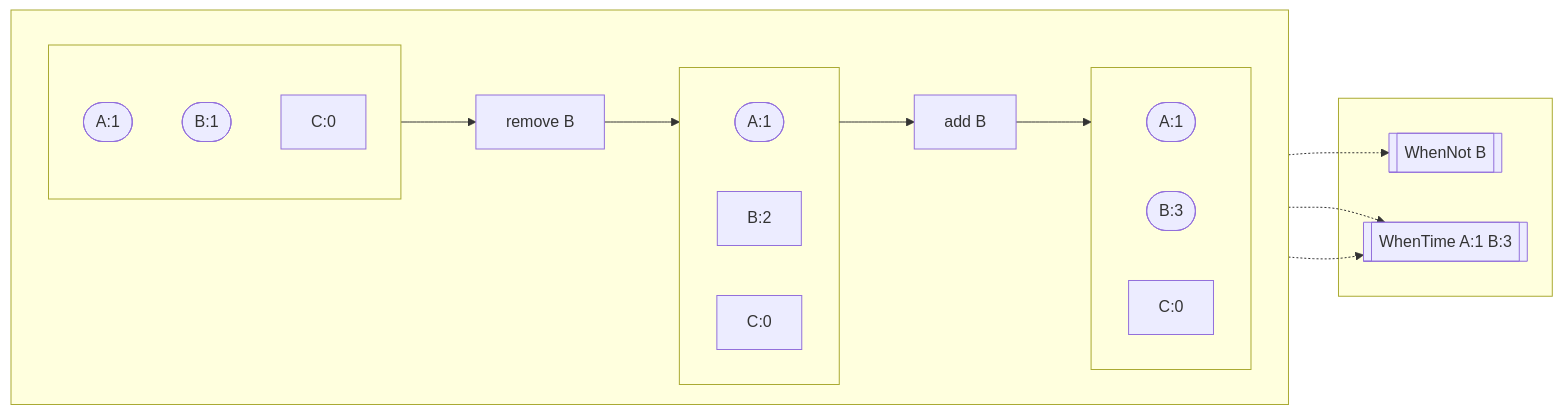
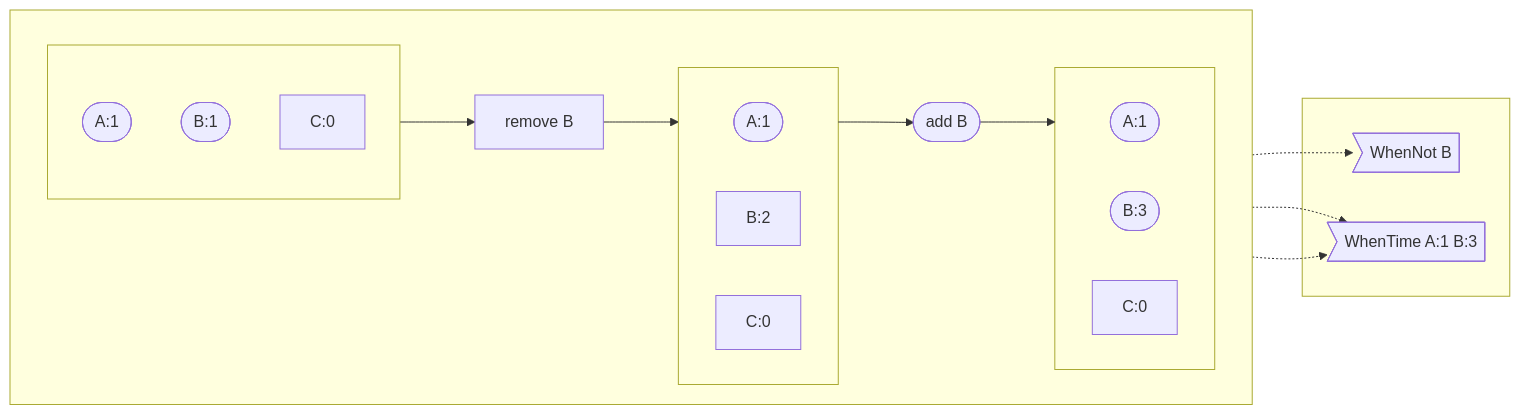
One commit to pancsta/asyncmachine-go changed the ninth of 12 diagrams in docs/diagrams.md. Above: the diagram before and after it, drawn with Mermaid. The commit also changed other lines of this file and 18 other files, not shown here.

````diff
--- a/docs/diagrams.md
+++ b/docs/diagrams.md
@@ -233,33 +234,33 @@
 ```mermaid
 flowchart LR
     subgraph SubStates[ ]
       direction LR
         subgraph SubStep1[ ]
       direction BT
             A1([A:1])
             B1([B:1])
             C1[C:0]
         end
         SubMutation1[remove B]
         subgraph SubStep2[ ]
             A2([A:1])
             B2[B:2]
             C2[C:0]
         end
-        SubMutation2[add B]
+        SubMutation2([add B])
         subgraph SubStep3[ ]
           A3([A:1])
           B3([B:3])
           C3[C:0]
         end
     end
     SubStep1 --> SubMutation1 --> SubStep2
     SubStep2 --> SubMutation2 --> SubStep3
     B2 .-> WhenNotB
     A3 .-> WhenTimeB3
     B3 .-> WhenTimeB3
     subgraph Subs[ ]
-        WhenNotB[["WhenNot B"]]
-        WhenTimeB3[["WhenTime A:1 B:3"]]
+        WhenNotB>"WhenNot B"]
+        WhenTimeB3>"WhenTime A:1 B:3"]
     end
 ```
````
